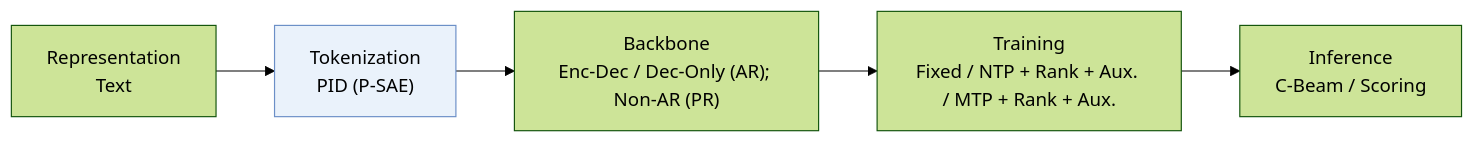
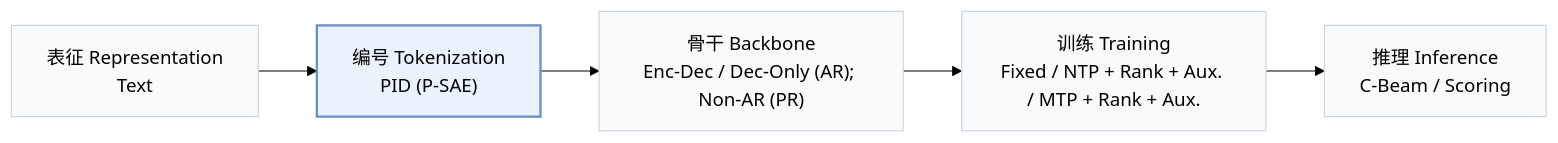
The first of 2 diagrams in pages/zh/papers/api.md (Galaxy-ghost/Awesome-SID-Generative-Rec), drawn with Mermaid (forest theme) before and after one commit. The commit also changed other lines of this file and 649 other files, not shown here.

Commit message:
writer-05: also tags and modality index (schema, check, build, visuals); summary field removed; calibration data for 12 papers

````diff
--- a/pages/zh/papers/api.md
+++ b/pages/zh/papers/api.md
@@ -13,6 +15,8 @@
 ```mermaid
 flowchart LR
-    R["Representation<br/>Text"] --> T["Tokenization<br/>PID (P-SAE)"] --> B["Backbone<br/>Enc-Dec / Dec-Only (AR); Non-AR (PR)"] --> TR["Training<br/>Fixed / NTP + Rank + Aux. / MTP + Rank + Aux."] --> I["Inference<br/>C-Beam / Scoring"]
-    classDef main fill:#eaf2fb,stroke:#6b8fc7
+    R["表征 Representation<br/>Text"] --> T["编号 Tokenization<br/>PID (P-SAE)"] --> B["骨干 Backbone<br/>Enc-Dec / Dec-Only (AR); Non-AR (PR)"] --> TR["训练 Training<br/>Fixed / NTP + Rank + Aux. / MTP + Rank + Aux."] --> I["推理 Inference<br/>C-Beam / Scoring"]
+    classDef base fill:#f8fafc,stroke:#cbd5e1
+    class R,T,B,TR,I base
+    classDef main fill:#eaf2fb,stroke:#6b8fc7,stroke-width:2px
     class T main
 ```
````
